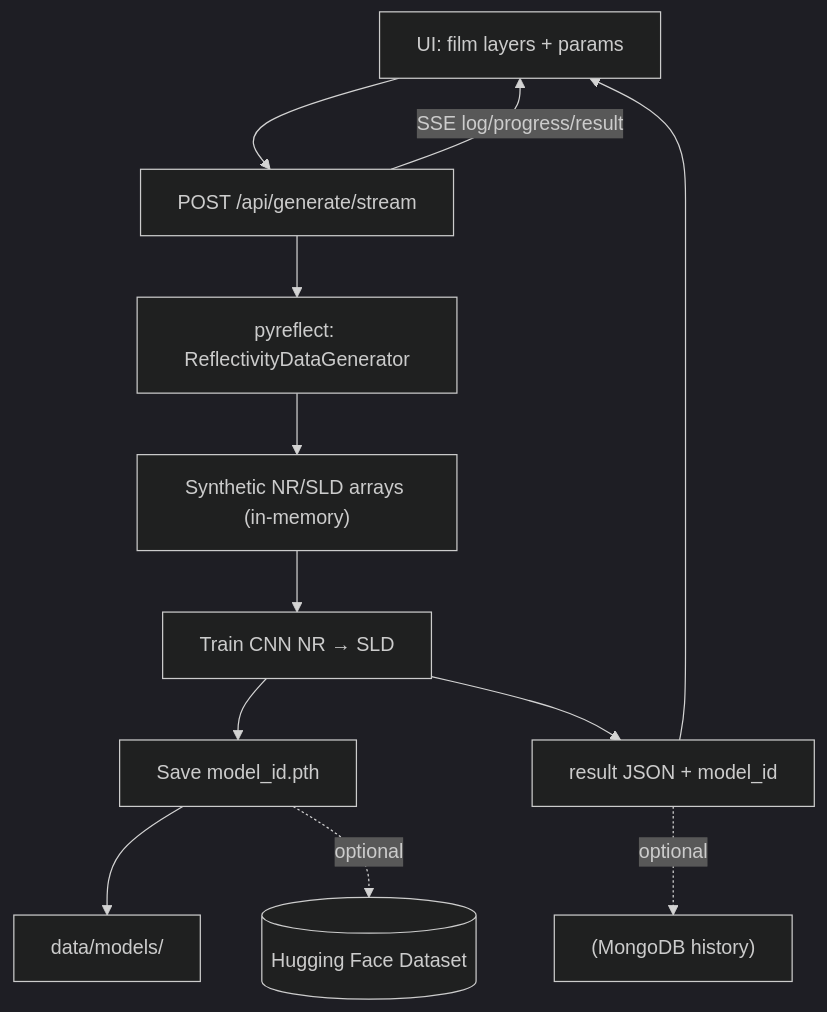
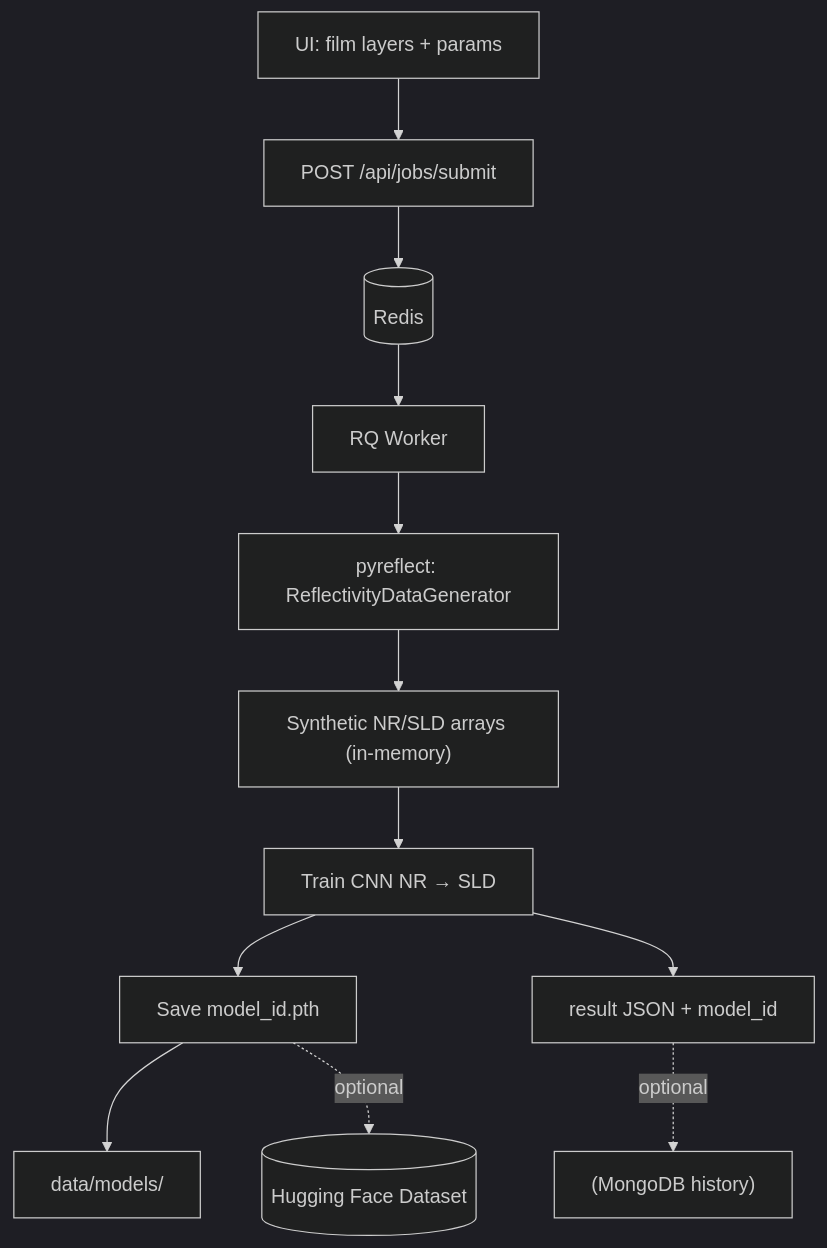
One commit to Northeastern-Research-ORNL-1/pyreflect-interface changed the second of 11 diagrams in README.md. Above: the diagram before and after it, drawn with Mermaid (dark theme). The commit also changed other lines of this file and 20 other files, not shown here.

````diff
--- a/README.md
+++ b/README.md
@@ -64,14 +73,14 @@
 ```mermaid
 flowchart TD
-  UI[UI: film layers + params] --> API[POST /api/generate/stream]
-  API --> GEN[pyreflect: ReflectivityDataGenerator]
+  UI[UI: film layers + params] --> API[POST /api/jobs/submit]
+  API --> REDIS[(Redis)]
+  REDIS --> RQ[RQ Worker]
+  RQ --> GEN[pyreflect: ReflectivityDataGenerator]
   GEN --> SYN["Synthetic NR/SLD arrays (in-memory)"]
   SYN --> TRAIN[Train CNN NR → SLD]
   TRAIN --> SAVE[Save model_id.pth]
   SAVE --> FS_MODELS[data/models/]
   SAVE -. "optional" .-> HF[(Hugging Face Dataset)]
   TRAIN --> RESULT[result JSON + model_id]
-  RESULT --> UI
   RESULT -. "optional" .-> DB["(MongoDB history)"]
-  API -- "SSE log/progress/result" --> UI
 ```
````
